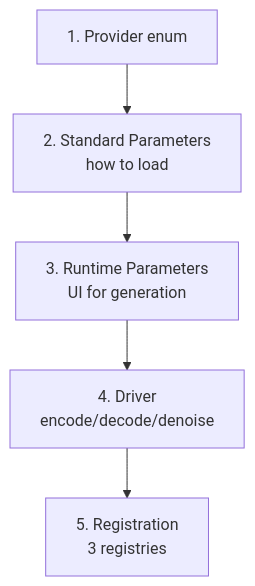
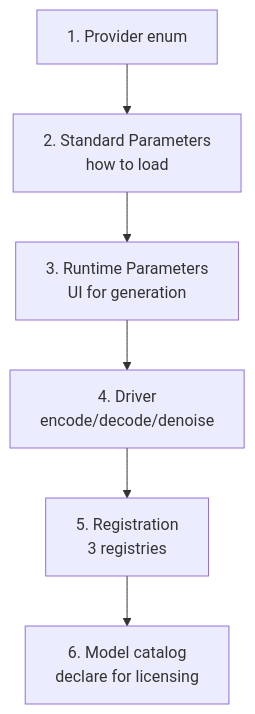
Before and after one commit to griptape-ai/griptape-nodes-library-diffusers: the diagram in docs/adding-new-model.md, drawn with Mermaid. The commit also changed other lines of this file and 8 other files, not shown here.

````diff
--- a/docs/adding-new-model.md
+++ b/docs/adding-new-model.md
@@ -41,7 +41,8 @@
 ```mermaid
 graph TD
     A[1. Provider enum] --> B[2. Standard Parameters<br/>how to load]
     B --> C[3. Runtime Parameters<br/>UI for generation]
     C --> D[4. Driver<br/>encode/decode/denoise]
     D --> E[5. Registration<br/>3 registries]
+    E --> F[6. Model catalog<br/>declare for licensing]
 ```
````
